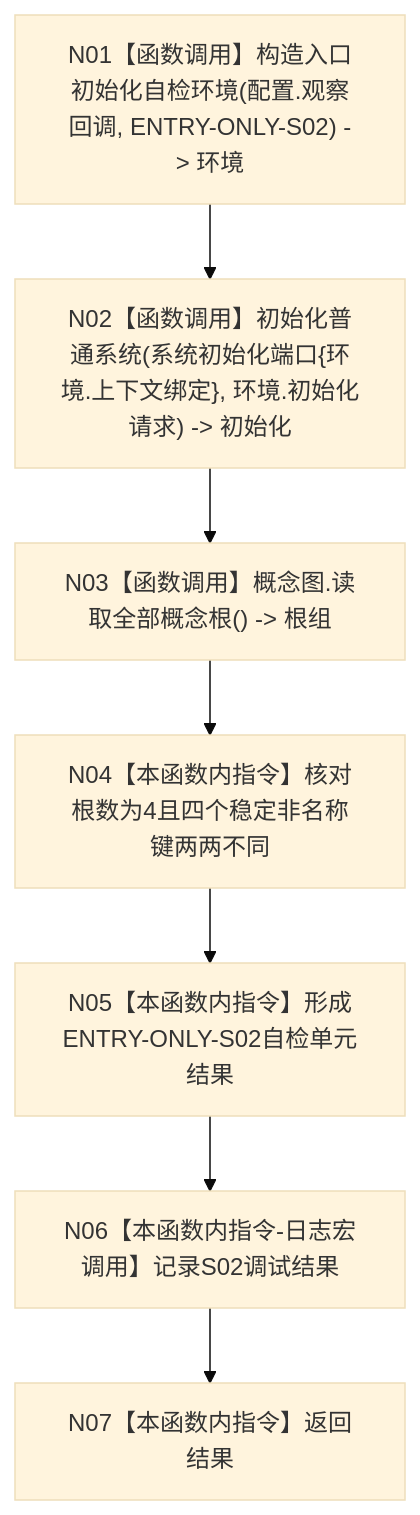
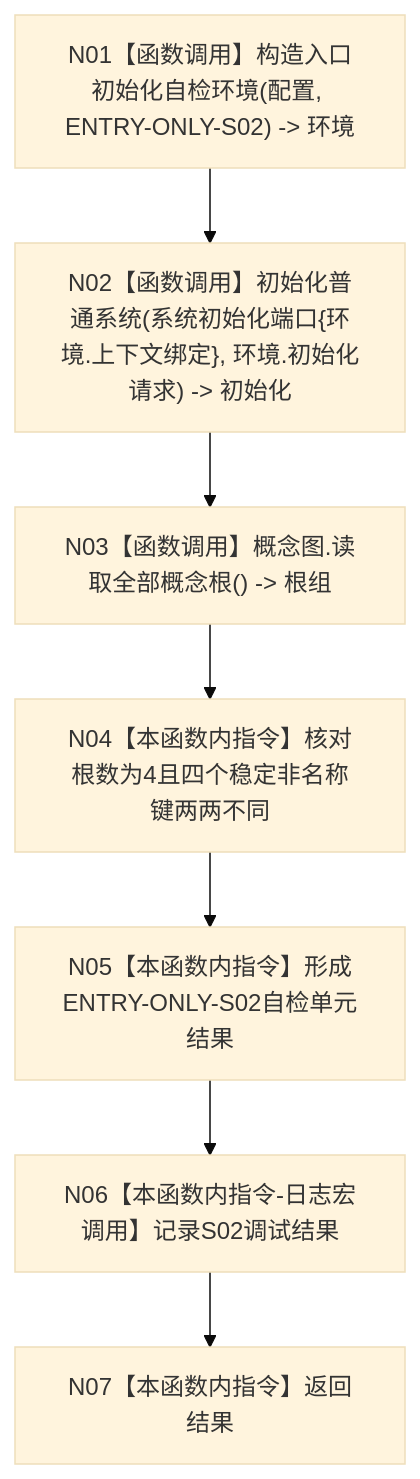
One commit to chunhaizh-cyber/HY-Ego changed the diagram in 流程图/20260726_ENTRY-ONLY_S02_概念图四根唯一_施工流程图_v0.1.md. Above: the diagram before and after it, drawn with Mermaid (base theme). The commit also changed 51 other files, not shown here.

Commit message:
修订 ENTRY-ONLY 登记设计合同

````diff
--- a/流程图/20260726_ENTRY-ONLY_S02_概念图四根唯一_施工流程图_v0.1.md
+++ b/流程图/20260726_ENTRY-ONLY_S02_概念图四根唯一_施工流程图_v0.1.md
@@ -27,9 +27,9 @@
 ```mermaid
 flowchart TD
-    N01["N01【函数调用】构造入口初始化自检环境(配置.观察回调, ENTRY-ONLY-S02) -> 环境"] --> N02["N02【函数调用】初始化普通系统(系统初始化端口{环境.上下文绑定}, 环境.初始化请求) -> 初始化"]
+    N01["N01【函数调用】构造入口初始化自检环境(配置, ENTRY-ONLY-S02) -> 环境"] --> N02["N02【函数调用】初始化普通系统(系统初始化端口{环境.上下文绑定}, 环境.初始化请求) -> 初始化"]
     N02 --> N03["N03【函数调用】概念图.读取全部概念根() -> 根组"]
     N03 --> N04["N04【本函数内指令】核对根数为4且四个稳定非名称键两两不同"]
     N04 --> N05["N05【本函数内指令】形成ENTRY-ONLY-S02自检单元结果"]
     N05 --> N06["N06【本函数内指令-日志宏调用】记录S02调试结果"]
     N06 --> N07["N07【本函数内指令】返回结果"]
 ```
````
